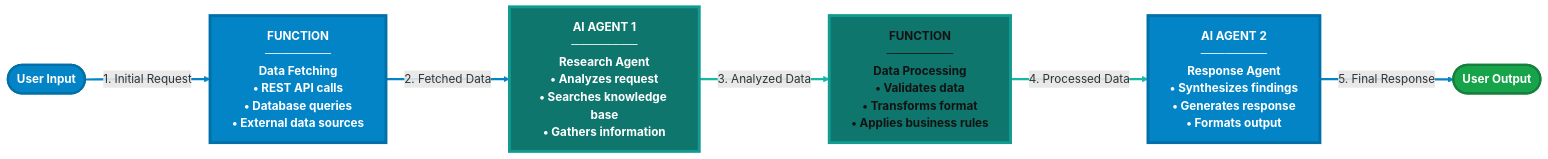
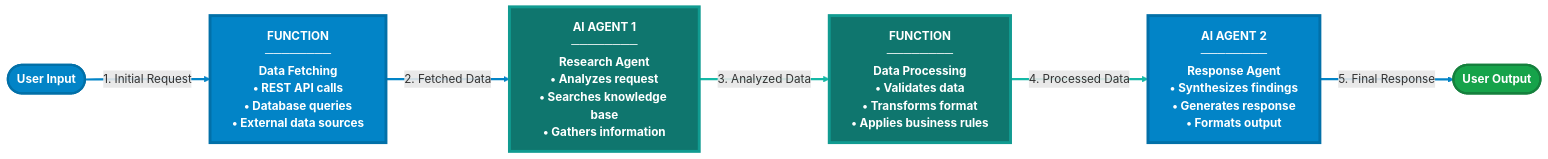
The fifth of 5 diagrams in docs/concepts/ai-agents.md (nitin27may/ai-resources), drawn with Mermaid before and after one commit. The commit also changed other lines of this file and 1 other file, not shown here.

````diff
--- a/docs/concepts/ai-agents.md
+++ b/docs/concepts/ai-agents.md
@@ -283,32 +373,32 @@
 ```mermaid
 
 %%{init: {'themeVariables': {'fontSize':'16px'}}}%%
 
 graph LR
     Start([User Input])
     Func1["FUNCTION<br/>────────<br/>Data Fetching<br/>• REST API calls<br/>• Database queries<br/>• External data sources"]
     Agent1["AI AGENT 1<br/>────────<br/>Research Agent<br/>• Analyzes request<br/>• Searches knowledge base<br/>• Gathers information"]
     Func2["FUNCTION<br/>────────<br/>Data Processing<br/>• Validates data<br/>• Transforms format<br/>• Applies business rules"]
     Agent2["AI AGENT 2<br/>────────<br/>Response Agent<br/>• Synthesizes findings<br/>• Generates response<br/>• Formats output"]
     End([User Output])
     
     Start -->|"1. Initial Request"| Func1
     Func1 -->|"2. Fetched Data"| Agent1
     Agent1 -->|"3. Analyzed Data"| Func2
     Func2 -->|"4. Processed Data"| Agent2
     Agent2 -->|"5. Final Response"| End
     
     style Start fill:#0284c7,stroke:#0270a8,stroke-width:3px,color:#ffffff,font-weight:bold
     style Func1 fill:#0284c7,stroke:#0270a8,stroke-width:4px,color:#ffffff,font-weight:bold
     style Agent1 fill:#0f766e,stroke:#119b91,stroke-width:4px,color:#ffffff,font-weight:bold
-    style Func2 fill:#0f766e,stroke:#119b91,stroke-width:4px,color:#121212,font-weight:bold
+    style Func2 fill:#0f766e,stroke:#119b91,stroke-width:4px,color:#fff,font-weight:bold
     style Agent2 fill:#0284c7,stroke:#0270a8,stroke-width:4px,color:#ffffff,font-weight:bold
     style End fill:#16a34a,stroke:#15803d,stroke-width:3px,color:#ffffff,font-weight:bold
     
     linkStyle 0 stroke:#0284c7,stroke-width:3px
     linkStyle 1 stroke:#0284c7,stroke-width:3px
     linkStyle 2 stroke:#14b8a6,stroke-width:3px
     linkStyle 3 stroke:#14b8a6,stroke-width:3px
     linkStyle 4 stroke:#0284c7,stroke-width:3px
 
 ```
````
